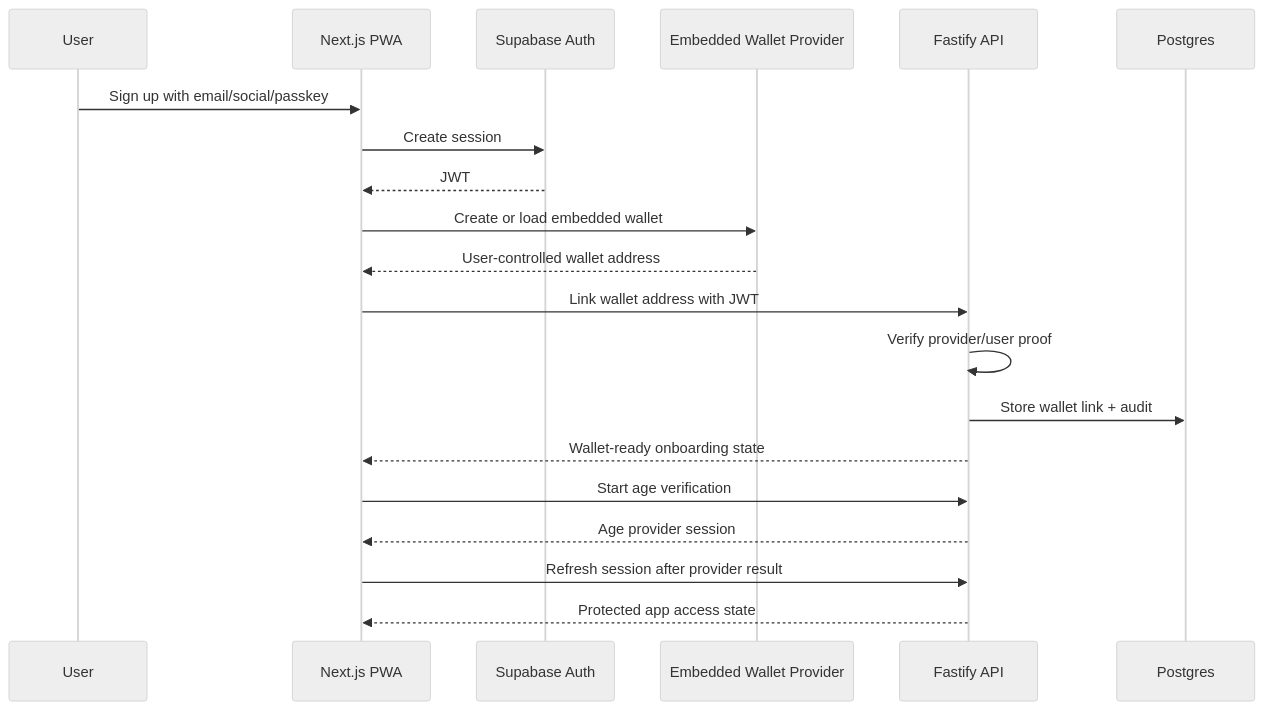
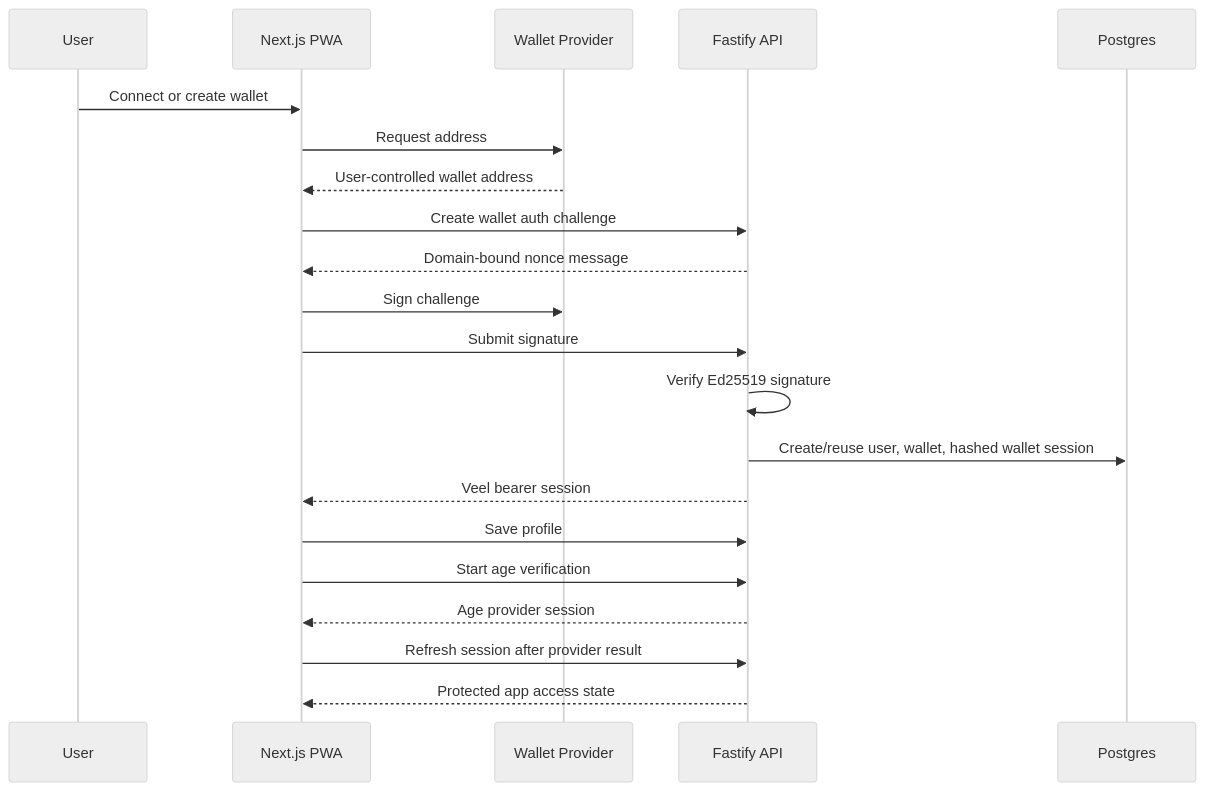
Before and after one commit to mariospeterman/VEEL-v2: the first of 4 diagrams in docs/v2-new-build/embedded-wallet-onboarding.md, drawn with Mermaid (neutral theme). The commit also changed other lines of this file and 461 other files, not shown here.

````diff
--- a/docs/v2-new-build/embedded-wallet-onboarding.md
+++ b/docs/v2-new-build/embedded-wallet-onboarding.md
@@ -116,23 +126,24 @@
 ```mermaid
 sequenceDiagram
   participant User
   participant Web as Next.js PWA
-  participant Auth as Supabase Auth
-  participant Wallet as Embedded Wallet Provider
+  participant Wallet as Wallet Provider
   participant API as Fastify API
   participant DB as Postgres
 
-  User->>Web: Sign up with email/social/passkey
-  Web->>Auth: Create session
-  Auth-->>Web: JWT
-  Web->>Wallet: Create or load embedded wallet
+  User->>Web: Connect or create wallet
+  Web->>Wallet: Request address
   Wallet-->>Web: User-controlled wallet address
-  Web->>API: Link wallet address with JWT
-  API->>API: Verify provider/user proof
-  API->>DB: Store wallet link + audit
-  API-->>Web: Wallet-ready onboarding state
+  Web->>API: Create wallet auth challenge
+  API-->>Web: Domain-bound nonce message
+  Web->>Wallet: Sign challenge
+  Web->>API: Submit signature
+  API->>API: Verify Ed25519 signature
+  API->>DB: Create/reuse user, wallet, hashed wallet session
+  API-->>Web: Veel bearer session
+  Web->>API: Save profile
   Web->>API: Start age verification
   API-->>Web: Age provider session
   Web->>API: Refresh session after provider result
   API-->>Web: Protected app access state
 ```
````
